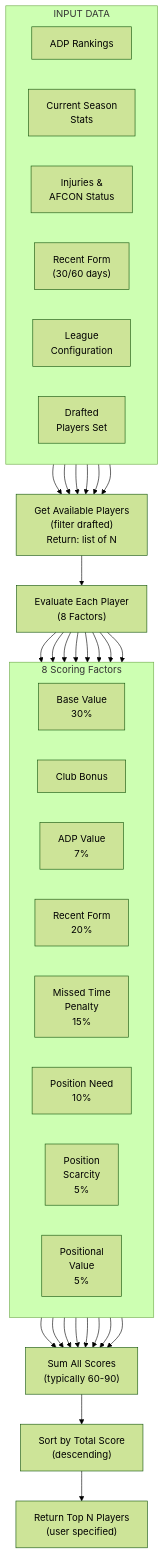
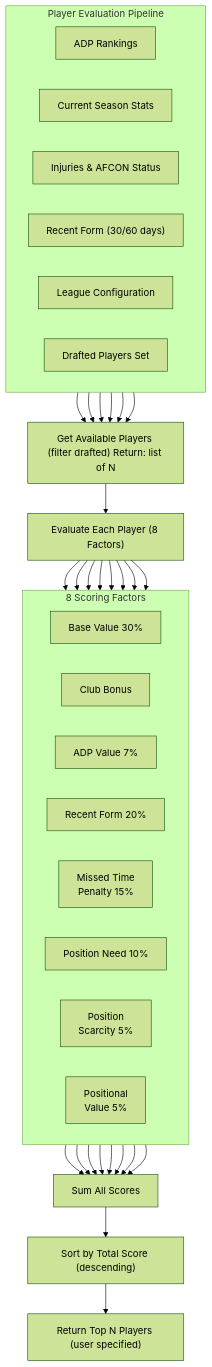
One commit to soehlert/fantrax_assistant changed the diagram in README.md. Above: the diagram before and after it, drawn with Mermaid (forest theme).

Commit message:
Remove bad newlines

````diff
--- a/README.md
+++ b/README.md
@@ -71,59 +71,59 @@
 ```mermaid
 flowchart TB
      %% Input data group
-     subgraph INPUT_DATA["INPUT DATA"]
+     subgraph INPUT_DATA["Player Evaluation Pipeline"]
           direction LR
           ADP["ADP Rankings"]
-          STATS["Current Season\nStats"]
-          INJ["Injuries &\nAFCON Status"]
-          FORM["Recent Form\n(30/60 days)"]
-          CONFIG["League\nConfiguration"]
-          DRAFTED["Drafted\nPlayers Set"]
+          STATS["Current Season Stats"]
+          INJ["Injuries & AFCON Status"]
+          FORM["Recent Form (30/60 days)"]
+          CONFIG["League Configuration"]
+          DRAFTED["Drafted Players Set"]
      end
 
      ADP --> GetAvailable
      STATS --> GetAvailable
      INJ --> GetAvailable
      FORM --> GetAvailable
      CONFIG --> GetAvailable
      DRAFTED --> GetAvailable
 
-     GetAvailable["Get Available Players\n(filter drafted)\nReturn: list of N"]
+     GetAvailable["Get Available Players (filter drafted) Return: list of N"]
 
-     GetAvailable --> EVAL["Evaluate Each Player\n(8 Factors)"]
+     GetAvailable --> EVAL["Evaluate Each Player (8 Factors)"]
 
      %% Factors group
      subgraph FACTORS["8 Scoring Factors"]
           direction LR
-          Base["Base Value\n30%"]
+          Base["Base Value 30%"]
           Club["Club Bonus"]
-          ADPVal["ADP Value\n7%"]
-          FormVal["Recent Form\n20%"]
-          InjPen["Missed Time\nPenalty\n15%"]
-          Need["Position Need\n10%"]
-          Scar["Position\nScarcity\n5%"]
-          PosVal["Positional\nValue\n5%"]
+          ADPVal["ADP Value 7%"]
+          FormVal["Recent Form 20%"]
+          InjPen["Missed Time\nPenalty 15%"]
+          Need["Position Need 10%"]
+          Scar["Position\nScarcity 5%"]
+          PosVal["Positional\nValue 5%"]
      end
 
      EVAL --> Base
      EVAL --> Club
      EVAL --> ADPVal
      EVAL --> FormVal
      EVAL --> InjPen
      EVAL --> Need
      EVAL --> Scar
      EVAL --> PosVal
 
      Base --> SumScores
      Club --> SumScores
      ADPVal --> SumScores
      FormVal --> SumScores
      InjPen --> SumScores
      Need --> SumScores
      Scar --> SumScores
      PosVal --> SumScores
 
-     SumScores["Sum All Scores\n(typically 60-90)"]
-     SumScores --> Sort["Sort by Total Score\n(descending)"]
-     Sort --> Return["Return Top N Players\n(user specified)"]
+     SumScores["Sum All Scores"]
+     SumScores --> Sort["Sort by Total Score (descending)"]
+     Sort --> Return["Return Top N Players (user specified)"]
 ```
````
